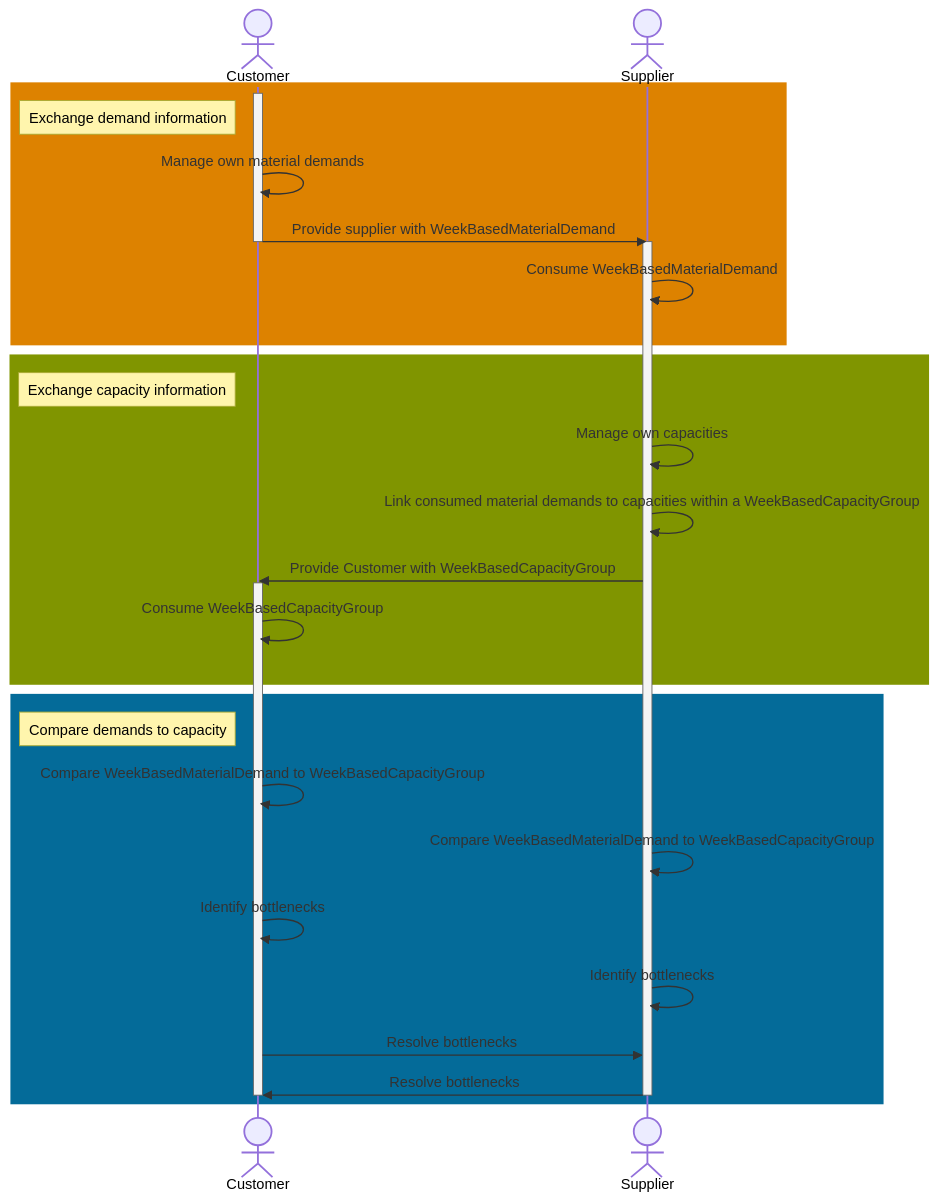
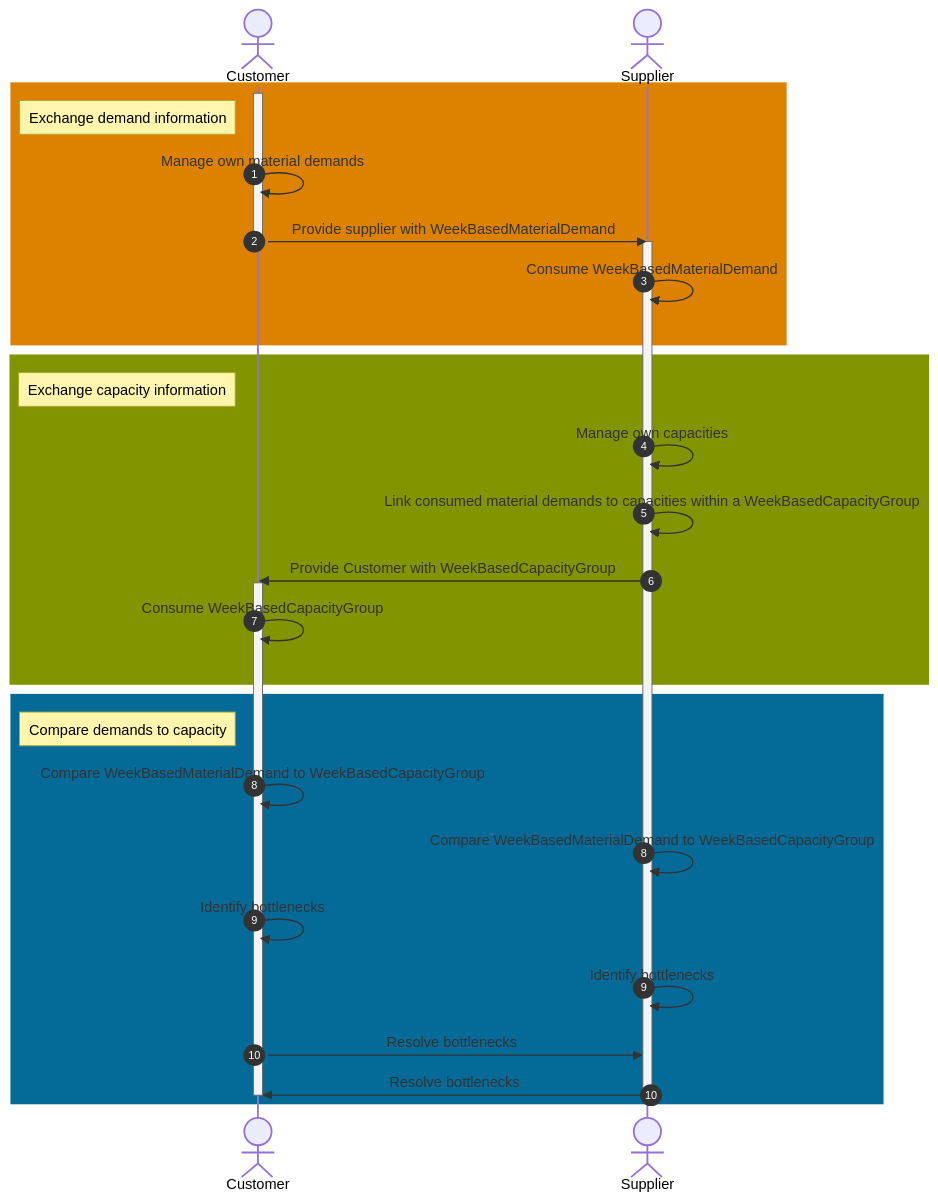
One commit to eclipse-tractusx/eclipse-tractusx.github.io changed the diagram in docs-kits/kits/Demand and Capacity Management Kit/adoption-view/overview.md. Above: the diagram before and after it, drawn with Mermaid. The commit also changed 12 other files, not shown here.

Commit message:
Added numbering to sequence diagrams

````diff
--- a/docs-kits/kits/Demand and Capacity Management Kit/adoption-view/overview.md
+++ b/docs-kits/kits/Demand and Capacity Management Kit/adoption-view/overview.md
@@ -75,33 +75,40 @@
 ```mermaid
 sequenceDiagram
-    actor c as Customer 
-    actor s as Supplier
+autonumber
+actor c as Customer 
+actor s as Supplier
 rect rgb(221,130,0)
 activate c
 note left of c: Exchange demand information
 c->>c: Manage own material demands
 c->>s: Provide supplier with WeekBasedMaterialDemand
 deactivate c
 activate s
 s->>s: Consume WeekBasedMaterialDemand
 end
 rect rgb(128,149,00)
 note left of c: Exchange capacity information
 s->>s: Manage own capacities
 s->>s: Link consumed material demands to capacities within a WeekBasedCapacityGroup
 s->>c: Provide Customer with WeekBasedCapacityGroup
 activate c
 c->>c: Consume WeekBasedCapacityGroup
 end
 rect rgb(04,107,153)
 note left of c: Compare demands to capacity
+autonumber 8
 c->>c: Compare WeekBasedMaterialDemand to WeekBasedCapacityGroup
+autonumber 8
 s->>s: Compare WeekBasedMaterialDemand to WeekBasedCapacityGroup
+autonumber 9
 c->>c: Identify bottlenecks
+autonumber 9
 s->>s: Identify bottlenecks
+autonumber 10
 c->>s: Resolve bottlenecks
+autonumber 10
 s->>c: Resolve bottlenecks
 deactivate c
 deactivate s
 end
 ```
````
